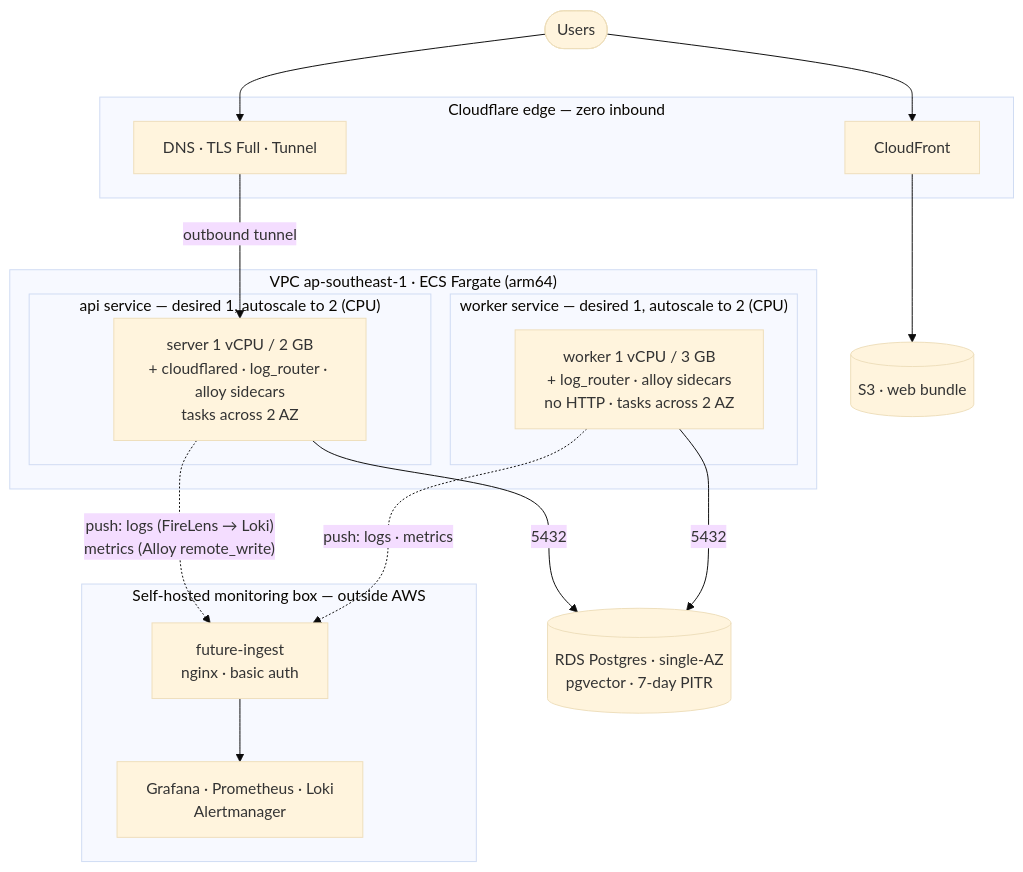
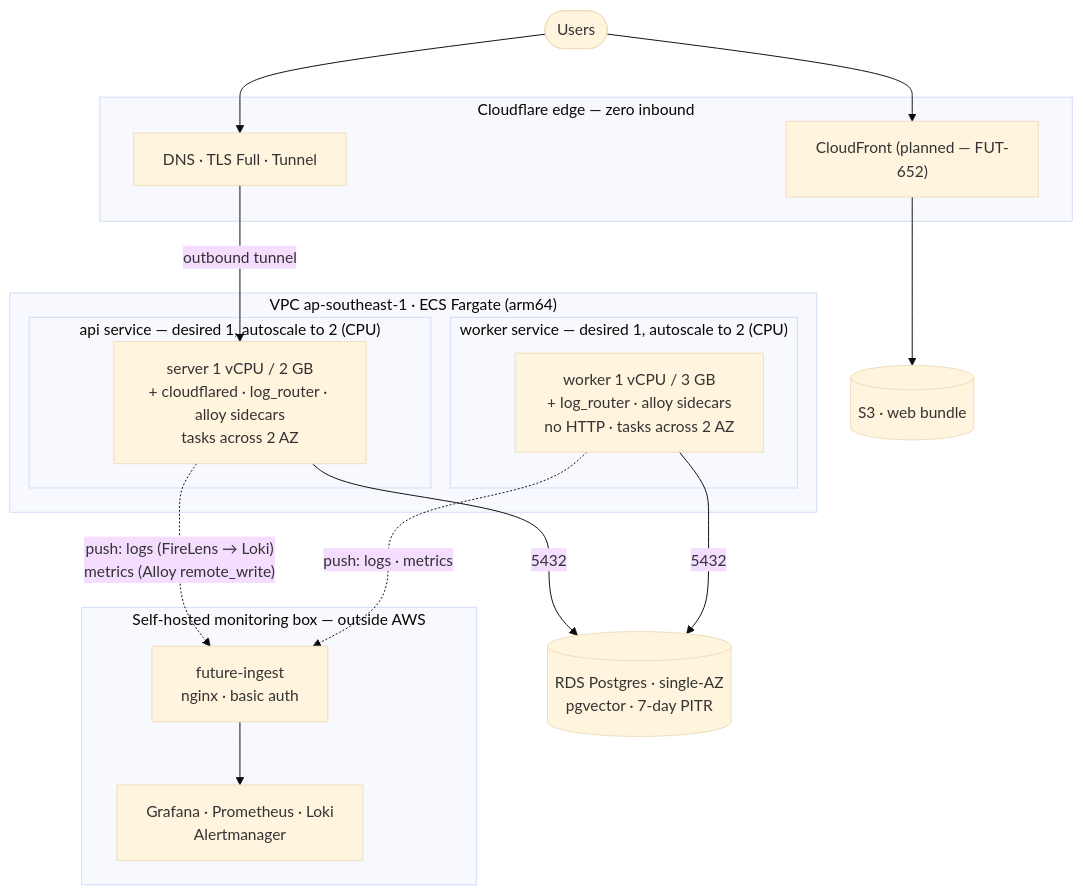
Before and after one commit to Seta-International/agent-platform: the diagram in docs/hosting/aws.md, drawn with Mermaid (base theme). The commit also changed other lines of this file, not shown here.

Commit message:
docs(hosting): FUT-620 mark web S3+CloudFront as planned (FUT-652), not yet in terraform

````diff
--- a/docs/hosting/aws.md
+++ b/docs/hosting/aws.md
@@ -11,35 +11,35 @@
 ```mermaid
 flowchart TB
     users([Users])
 
     subgraph edge["Cloudflare edge — zero inbound"]
         cf["DNS · TLS Full · Tunnel"]
-        cfront["CloudFront"]
+        cfront["CloudFront (planned — FUT-652)"]
     end
     s3web[("S3 · web bundle")]
 
     subgraph vpc["VPC ap-southeast-1 · ECS Fargate (arm64)"]
         subgraph apisvc["api service — desired 1, autoscale to 2 (CPU)"]
             api["server 1 vCPU / 2 GB<br/>+ cloudflared · log_router · alloy sidecars<br/>tasks across 2 AZ"]
         end
         subgraph wsvc["worker service — desired 1, autoscale to 2 (CPU)"]
             wrk["worker 1 vCPU / 3 GB<br/>+ log_router · alloy sidecars<br/>no HTTP · tasks across 2 AZ"]
         end
     end
 
     rds[("RDS Postgres · single-AZ<br/>pgvector · 7-day PITR")]
 
     subgraph mon["Self-hosted monitoring box — outside AWS"]
         ingest["future-ingest<br/>nginx · basic auth"]
         stack["Grafana · Prometheus · Loki<br/>Alertmanager"]
     end
 
     users --> cf
     users --> cfront --> s3web
     cf -->|outbound tunnel| api
     api -->|5432| rds
     wrk -->|5432| rds
     api -.->|"push: logs (FireLens → Loki)<br/>metrics (Alloy remote_write)"| ingest
     wrk -.->|"push: logs · metrics"| ingest
     ingest --> stack
 ```
````
